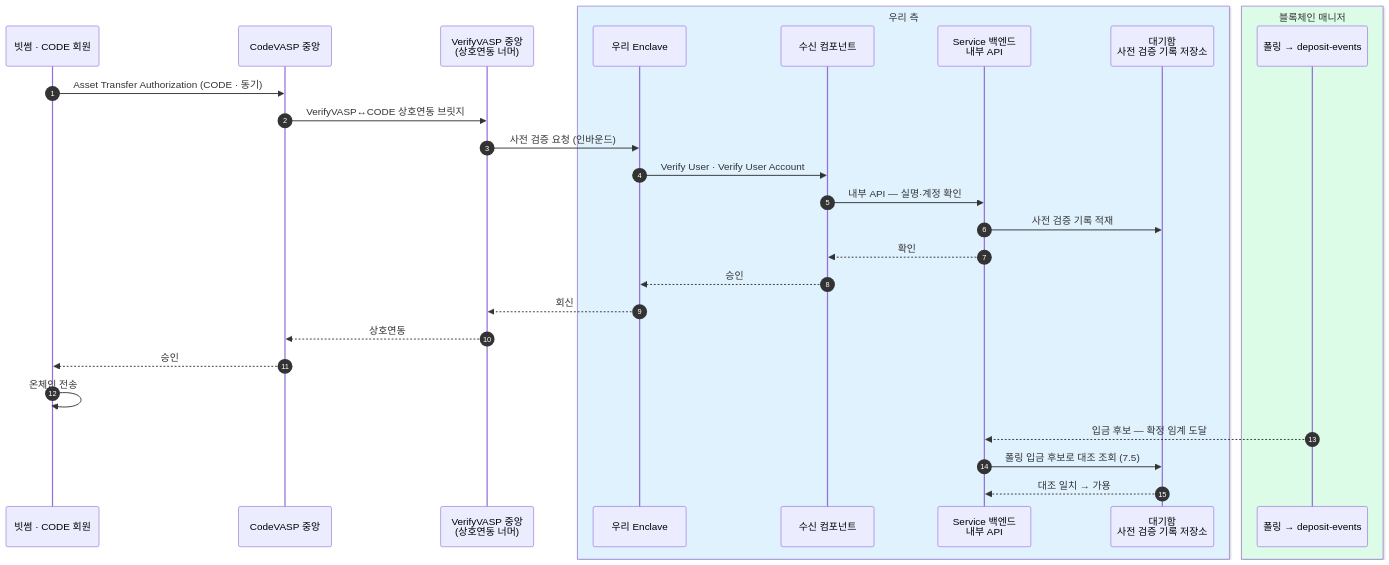
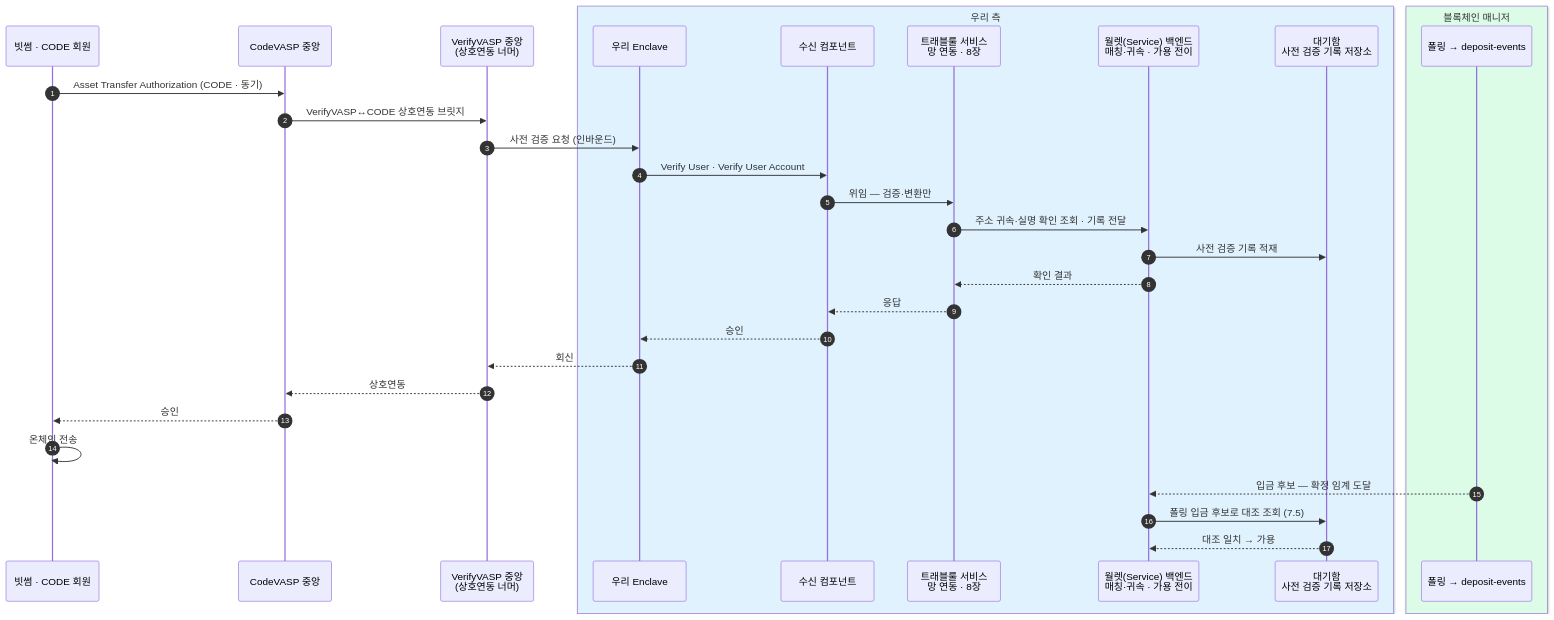
The second of 2 diagrams in blockchain-manager/docs/트래블룰/설계/11-appendix-domestic-flows.md (eunsujeo/eunpus), drawn with Mermaid before and after one commit. The commit also changed other lines of this file and 36 other files, not shown here.

Commit message:
인프라 전체 배치 문서 신설 · API 페이지네이션 tail-cursor 전환(order·before 완화) · 보드 내보내기 앵커 수정 · 트래블룰 문서 다듬기

````diff
--- a/blockchain-manager/docs/트래블룰/설계/11-appendix-domestic-flows.md
+++ b/blockchain-manager/docs/트래블룰/설계/11-appendix-domestic-flows.md
@@ -70,32 +72,35 @@
 ```mermaid
 sequenceDiagram
     autonumber
     participant SV as 빗썸 · CODE 회원
     participant CV as CodeVASP 중앙
     participant HUB as VerifyVASP 중앙<br/>(상호연동 너머)
     box rgb(224,242,254) 우리 측
     participant EN as 우리 Enclave
     participant RX as 수신 컴포넌트
-    participant BE as Service 백엔드<br/>내부 API
+    participant TR as 트래블룰 서비스<br/>망 연동 · 8장
+    participant BE as 월렛(Service) 백엔드<br/>매칭·귀속 · 가용 전이
     participant WQ as 대기함<br/>사전 검증 기록 저장소
     end
     box rgb(220,252,231) 블록체인 매니저
     participant BM as 폴링 → deposit-events
     end
 
     SV->>CV: Asset Transfer Authorization (CODE · 동기)
     CV->>HUB: VerifyVASP↔CODE 상호연동 브릿지
     HUB->>EN: 사전 검증 요청 (인바운드)
     EN->>RX: Verify User · Verify User Account
-    RX->>BE: 내부 API — 실명·계정 확인
+    RX->>TR: 위임 — 검증·변환만
+    TR->>BE: 주소 귀속·실명 확인 조회 · 기록 전달
     BE->>WQ: 사전 검증 기록 적재
-    BE-->>RX: 확인
+    BE-->>TR: 확인 결과
+    TR-->>RX: 응답
     RX-->>EN: 승인
     EN-->>HUB: 회신
     HUB-->>CV: 상호연동
     CV-->>SV: 승인
     SV->>SV: 온체인 전송
     BM-->>BE: 입금 후보 — 확정 임계 도달
     BE->>WQ: 폴링 입금 후보로 대조 조회 (7.5)
     WQ-->>BE: 대조 일치 → 가용
 ```
````
